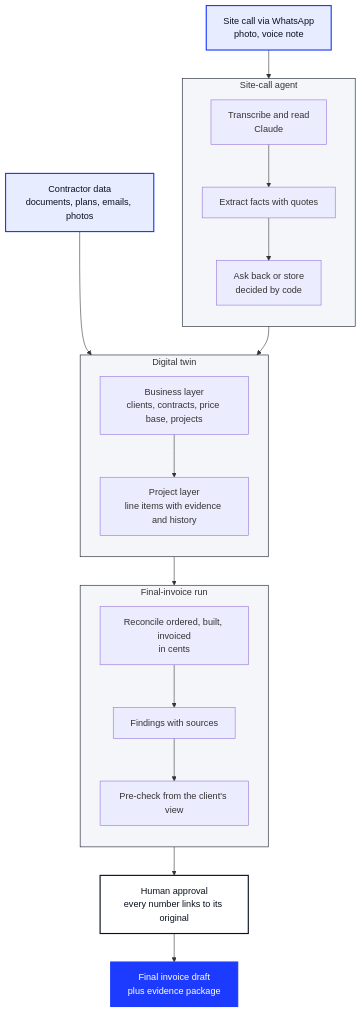
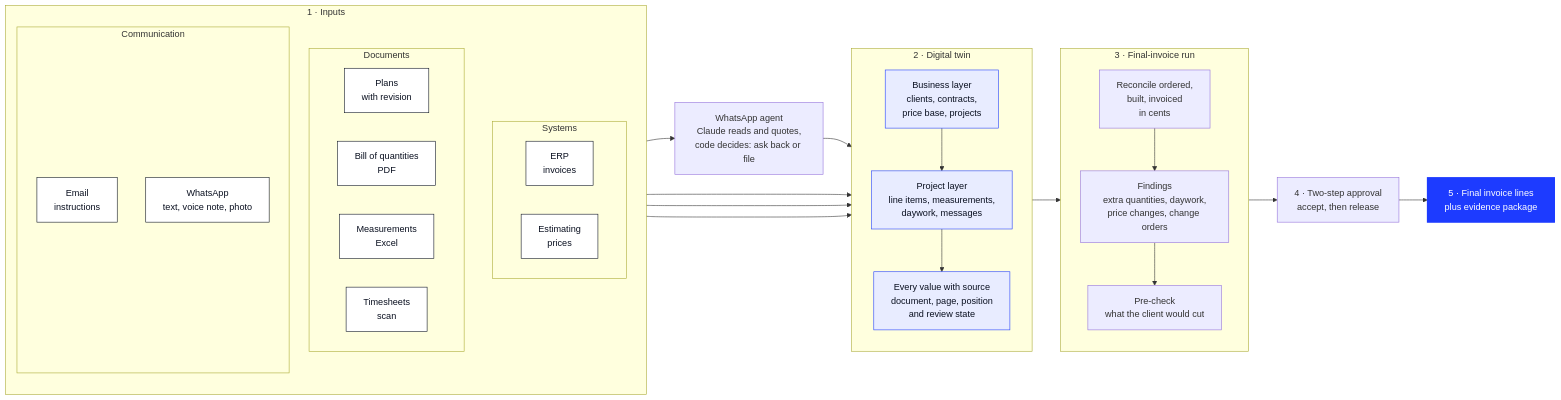
Before and after one commit to tieout-at/tieout: the diagram in README.md, drawn with Mermaid. The commit also changed other lines of this file, not shown here.

Commit message:
README: architecture as inputs → digital twin → final invoice, left to right, with tech stack
- three input groups as on the website: Systems, Documents, Communication; WhatsApp agent explained
- twin and final-invoice run described with their actual tech (record with source, cents, pruefe())
- hackathon line: Open Track

````diff
--- a/README.md
+++ b/README.md
@@ -54,35 +57,51 @@
 ```mermaid
-flowchart TD
-    classDef input fill:#e8ecff,stroke:#1d3bff,stroke-width:2px,color:#0a1020;
-    classDef output fill:#1d3bff,stroke:#1d3bff,stroke-width:2px,color:#ffffff;
-    classDef human fill:#fff,stroke:#0a1020,stroke-width:2px,color:#0a1020;
+flowchart LR
+    classDef input fill:#ffffff,stroke:#0a1020,stroke-width:1px,color:#0a1020;
+    classDef twin fill:#e8ecff,stroke:#1d3bff,stroke-width:1px,color:#0a1020;
+    classDef out fill:#1d3bff,stroke:#1d3bff,stroke-width:2px,color:#ffffff;
 
-    A["Contractor data<br/>documents, plans, emails, photos"]:::input
-    W["Site call via WhatsApp<br/>photo, voice note"]:::input
-
-    subgraph ZUR [Site-call agent]
+    subgraph IN [1 · Inputs]
         direction TB
-        Z1[Transcribe and read<br/>Claude] --> Z2[Extract facts with quotes] --> Z3[Ask back or store<br/>decided by code]
+        subgraph SYS [Systems]
+            S1[ERP<br/>invoices]:::input
+            S2[Estimating<br/>prices]:::input
+        end
+        subgraph DOC [Documents]
+            D1[Plans<br/>with revision]:::input
+            D2[Bill of quantities<br/>PDF]:::input
+            D3[Measurements<br/>Excel]:::input
+            D4[Timesheets<br/>scan]:::input
+        end
+        subgraph COM [Communication]
+            C1[Email<br/>instructions]:::input
+            C2[WhatsApp<br/>text, voice note, photo]:::input
+        end
     end
 
-    subgraph TWIN [Digital twin]
+    AG["WhatsApp agent<br/>Claude reads and quotes,<br/>code decides: ask back or file"]
+
+    subgraph TW [2 · Digital twin]
         direction TB
-        T1[Business layer<br/>clients, contracts, price base, projects] --> T2[Project layer<br/>line items with evidence and history]
+        T1[Business layer<br/>clients, contracts,<br/>price base, projects]:::twin
+        T2[Project layer<br/>line items, measurements,<br/>daywork, messages]:::twin
+        T3[Every value with source<br/>document, page, position<br/>and review state]:::twin
+        T1 --> T2 --> T3
     end
 
-    subgraph CALC [Final-invoice run]
+    subgraph RUN [3 · Final-invoice run]
         direction TB
-        C1[Reconcile ordered, built, invoiced<br/>in cents] --> C2[Findings with sources] --> C3[Pre-check from the client's view]
+        R1[Reconcile ordered,<br/>built, invoiced<br/>in cents]
+        R2[Findings<br/>extra quantities, daywork,<br/>price changes, change orders]
+        R3[Pre-check<br/>what the client would cut]
+        R1 --> R2 --> R3
     end
 
-    A --> T1
-    W --> Z1
-    Z3 --> T2
-    T2 --> C1
-    C3 --> H[Human approval<br/>every number links to its original]:::human
-    H --> O["Final invoice draft<br/>plus evidence package"]:::output
+    H[4 · Two-step approval<br/>accept, then release]
+    O["5 · Final invoice lines<br/>plus evidence package"]:::out
 
-    style ZUR fill:#f4f6f9,stroke:#0a1020,stroke-width:1px
-    style TWIN fill:#f4f6f9,stroke:#0a1020,stroke-width:1px
-    style CALC fill:#f4f6f9,stroke:#0a1020,stroke-width:1px
+    SYS --> TW
+    DOC --> TW
+    C1 --> TW
+    C2 --> AG --> TW
+    TW --> RUN --> H --> O
 ```
````
